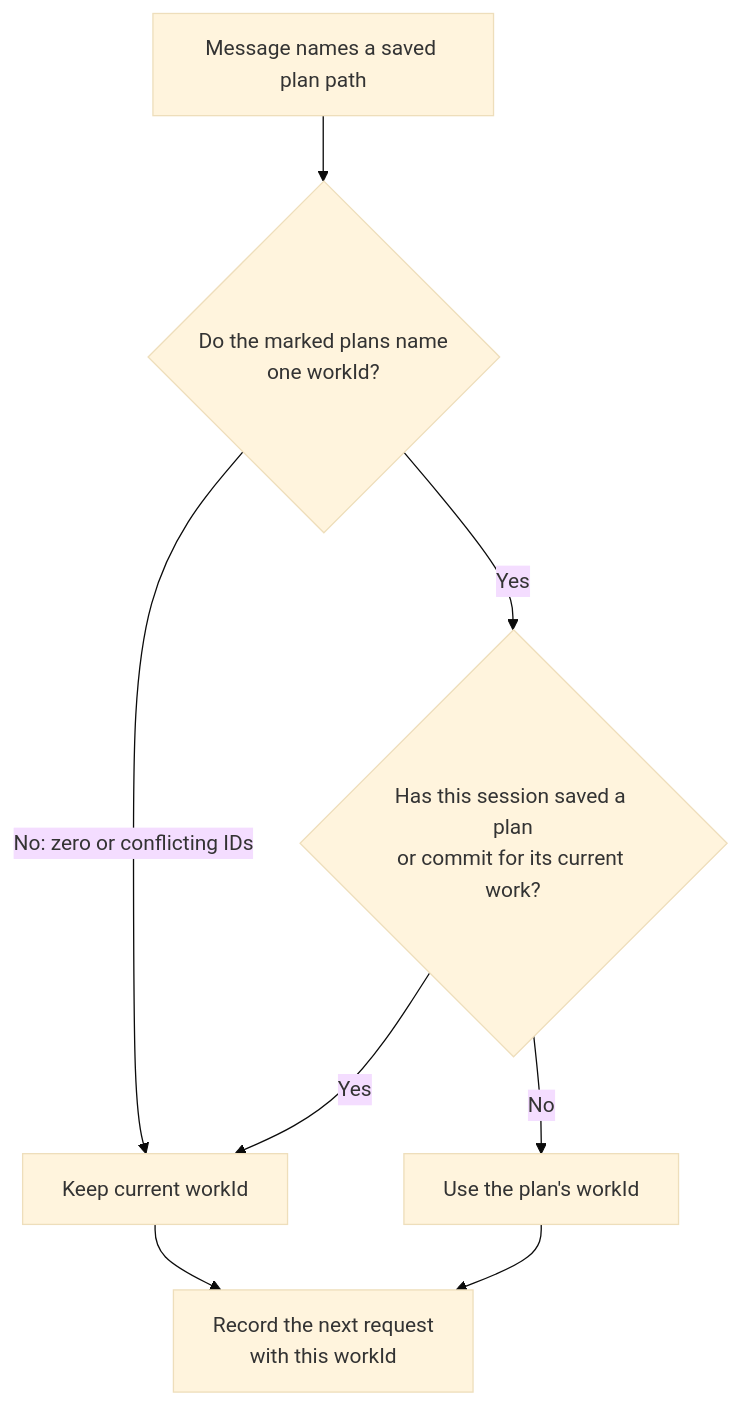
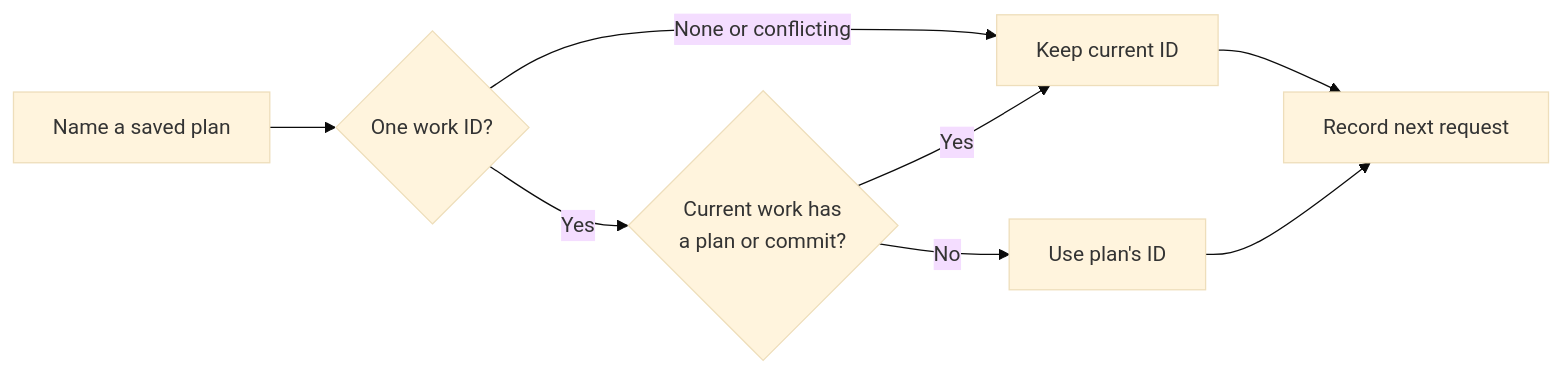
The second of 4 diagrams in docs/work-attribution.md (getkimchi/kimchi), drawn with Mermaid (base theme) before and after one commit. The commit also changed other lines of this file, not shown here.

Commit message:
docs: make matching diagrams readable

````diff
--- a/docs/work-attribution.md
+++ b/docs/work-attribution.md
@@ -53,10 +53,10 @@
 ```mermaid
-flowchart TD
-    P["Message names a saved plan path"] --> I{"Do the marked plans name<br/>one workId?"}
-    I -->|No: zero or conflicting IDs| K["Keep current workId"]
-    I -->|Yes| E{"Has this session saved a plan<br/>or commit for its current work?"}
+flowchart LR
+    P["Name a saved plan"] --> I{"One work ID?"}
+    I -->|None or conflicting| K["Keep current ID"]
+    I -->|Yes| E{"Current work has<br/>a plan or commit?"}
     E -->|Yes| K
-    E -->|No| A["Use the plan's workId"]
-    K --> R["Record the next request<br/>with this workId"]
+    E -->|No| A["Use plan's ID"]
+    K --> R["Record next request"]
     A --> R
 ```
````
